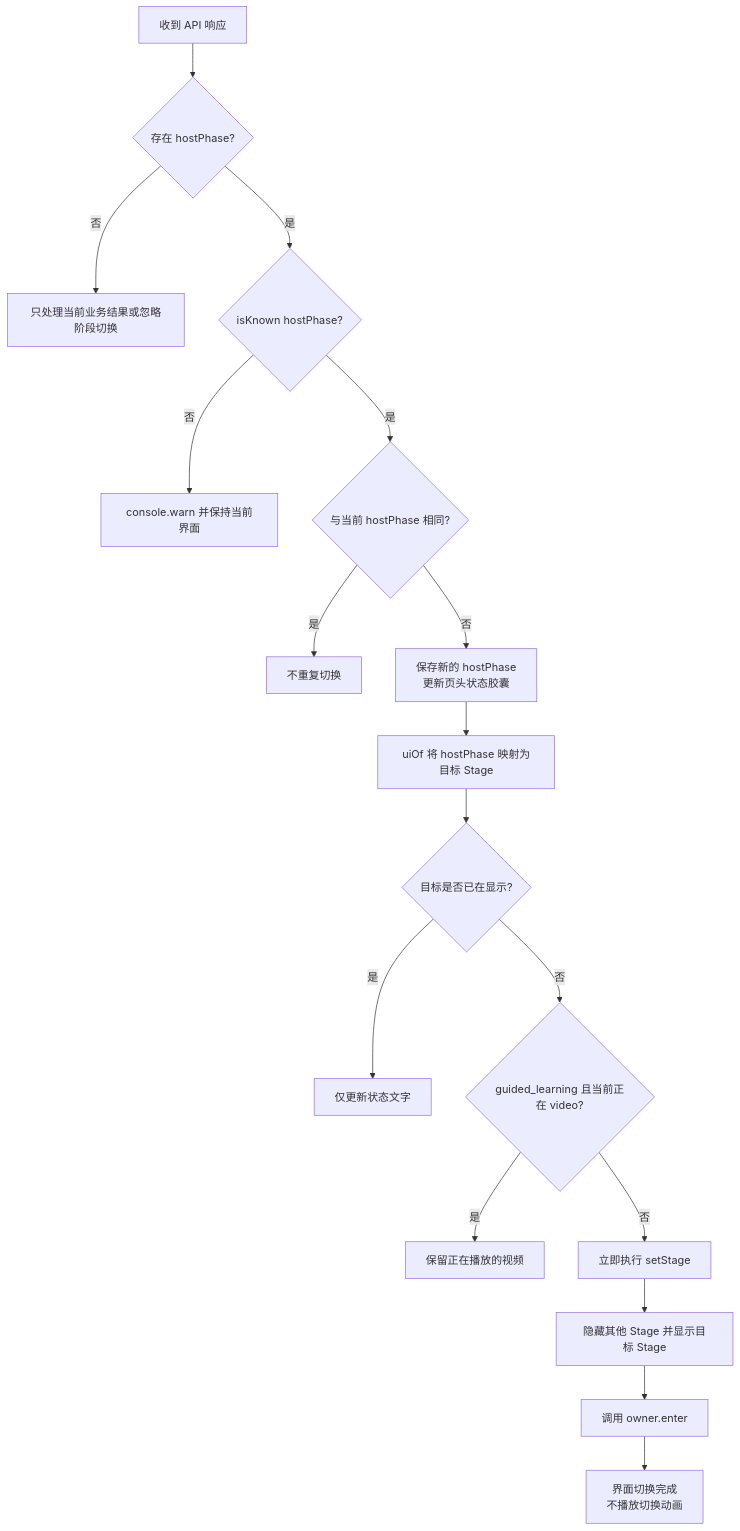
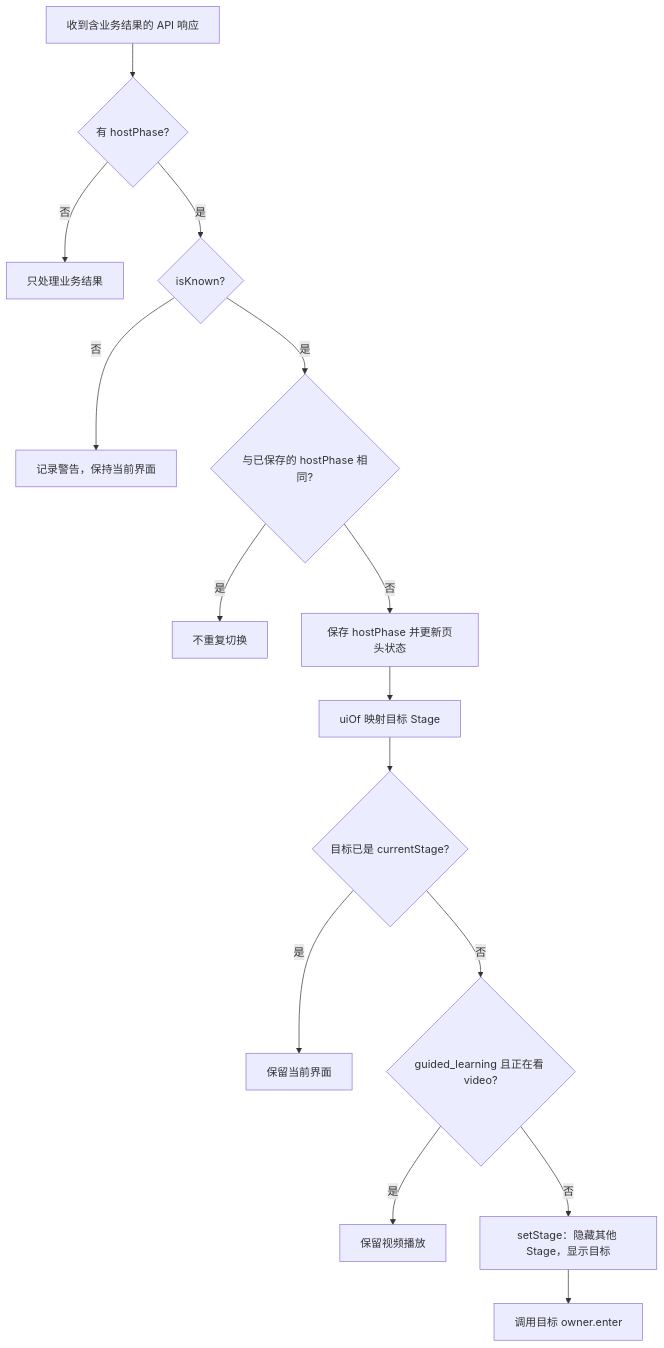
Before and after one commit to Awdyuer/SZU_Student_Agent: the fourth of 5 diagrams in docs/architecture/NEXT_FRONTEND_WORKFLOW.md, drawn with Mermaid. The commit also changed other lines of this file and 9 other files, not shown here.

Commit message:
更新流程图

````diff
--- a/docs/architecture/NEXT_FRONTEND_WORKFLOW.md
+++ b/docs/architecture/NEXT_FRONTEND_WORKFLOW.md
@@ -239,19 +109,17 @@
 ```mermaid
 flowchart TD
-    RESPONSE[收到 API 响应] --> HAS_PHASE{存在 hostPhase?}
-    HAS_PHASE -->|否| IGNORE_1[只处理当前业务结果或忽略阶段切换]
-    HAS_PHASE -->|是| KNOWN{isKnown hostPhase?}
-    KNOWN -->|否| WARN[console.warn 并保持当前界面]
-    KNOWN -->|是| SAME{与当前 hostPhase 相同?}
-    SAME -->|是| KEEP_1[不重复切换]
-    SAME -->|否| SAVE[保存新的 hostPhase<br/>更新页头状态胶囊]
-    SAVE --> MAP[uiOf 将 hostPhase 映射为目标 Stage]
-    MAP --> TARGET{目标是否已在显示?}
-    TARGET -->|是| KEEP_2[仅更新状态文字]
-    TARGET -->|否| VIDEO_GUARD{guided_learning 且当前正在 video?}
-    VIDEO_GUARD -->|是| KEEP_VIDEO[保留正在播放的视频]
-    VIDEO_GUARD -->|否| SWAP[立即执行 setStage]
-    SWAP --> HIDE_OTHERS[隐藏其他 Stage 并显示目标 Stage]
-    HIDE_OTHERS --> ENTER[调用 owner.enter]
-    ENTER --> DONE[界面切换完成<br/>不播放切换动画]
+    A[收到含业务结果的 API 响应] --> B{有 hostPhase?}
+    B -->|否| C[只处理业务结果]
+    B -->|是| D{isKnown?}
+    D -->|否| E[记录警告，保持当前界面]
+    D -->|是| F{与已保存的 hostPhase 相同?}
+    F -->|是| G[不重复切换]
+    F -->|否| H[保存 hostPhase 并更新页头状态]
+    H --> I[uiOf 映射目标 Stage]
+    I --> J{目标已是 currentStage?}
+    J -->|是| K[保留当前界面]
+    J -->|否| L{guided_learning 且正在看 video?}
+    L -->|是| M[保留视频播放]
+    L -->|否| N[setStage：隐藏其他 Stage，显示目标]
+    N --> O[调用目标 owner.enter]
 ```
````
